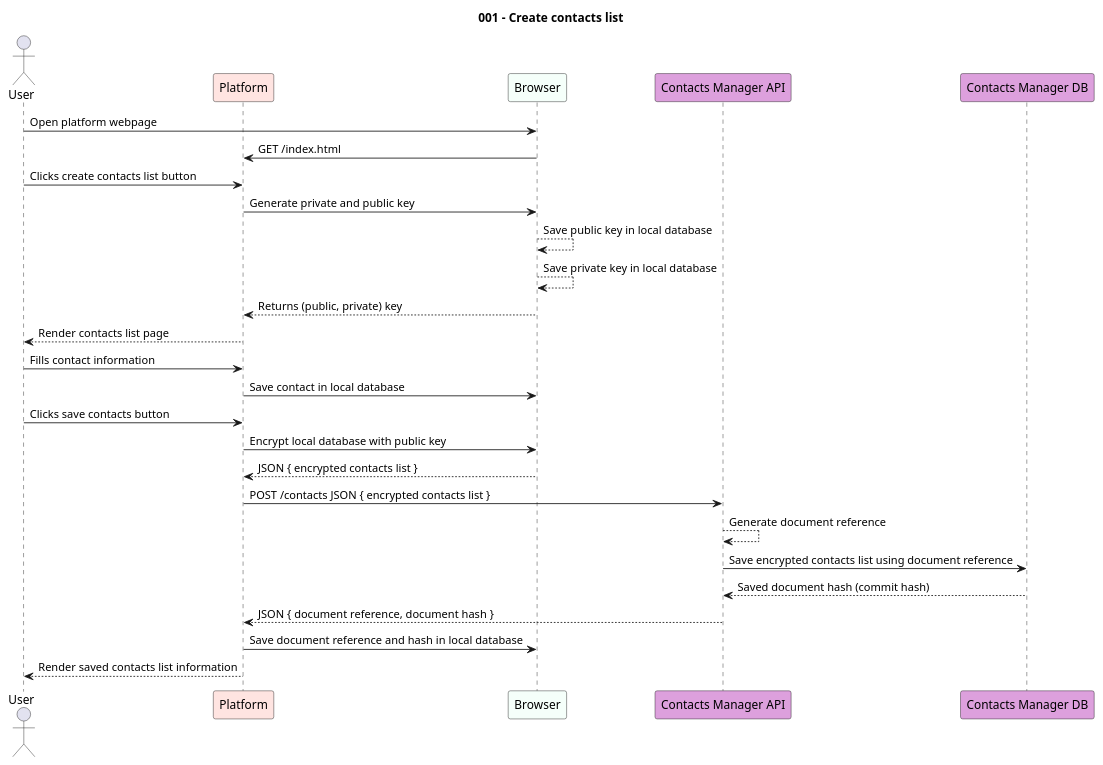
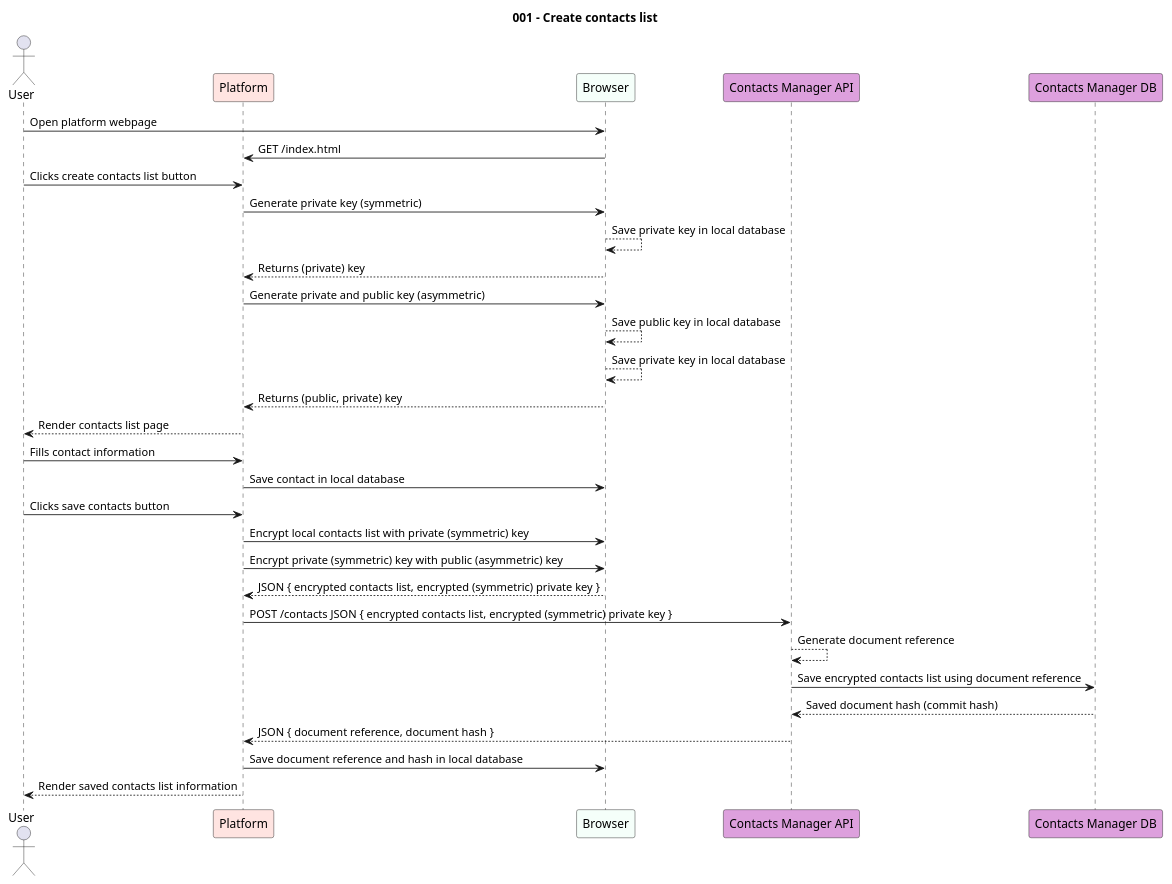
The diagram in src/usecases/puml/001-create-contacts-list.puml (paginas-secretas/docs), drawn with PlantUML before and after one commit. The commit also changed 9 other files, not shown here.

```diff
--- a/src/usecases/puml/001-create-contacts-list.puml
+++ b/src/usecases/puml/001-create-contacts-list.puml
@@ -1,35 +1,45 @@
 @startuml 001-create-contacts-list
 
 title "001 - Create contacts list"
 
 actor User
 participant "Platform" as PL #MistyRose
 participant Browser #MintCream
 participant "Contacts Manager API" as CNT #Plum
 participant "Contacts Manager DB" as CNT_DB #Plum
 
 User -> Browser : Open platform webpage
 Browser -> PL : GET /index.html
 
 User -> PL: Clicks create contacts list button
-PL -> Browser: Generate private and public key
+
+PL -> Browser: Generate private key (symmetric)
+Browser --> Browser: Save private key in local database
+Browser --> PL: Returns (private) key
+
+PL -> Browser: Generate private and public key (asymmetric)
 Browser --> Browser: Save public key in local database
 Browser --> Browser: Save private key in local database
 Browser --> PL: Returns (public, private) key
+
 PL --> User: Render contacts list page
 
 User -> PL: Fills contact information
 PL -> Browser: Save contact in local database
 
 User -> PL: Clicks save contacts button
-PL -> Browser: Encrypt local database with public key
-Browser --> PL: JSON { encrypted contacts list }
-PL -> CNT: POST /contacts JSON { encrypted contacts list }
+
+PL -> Browser: Encrypt local contacts list with private (symmetric) key
+PL -> Browser: Encrypt private (symmetric) key with public (asymmetric) key
+Browser --> PL: JSON { encrypted contacts list, encrypted (symmetric) private key }
+
+PL -> CNT: POST /contacts JSON { encrypted contacts list, encrypted (symmetric) private key }
 CNT --> CNT: Generate document reference
 CNT -> CNT_DB: Save encrypted contacts list using document reference
 CNT_DB --> CNT: Saved document hash (commit hash)
 CNT --> PL: JSON { document reference, document hash }
+
 PL -> Browser: Save document reference and hash in local database
 PL --> User: Render saved contacts list information
 
 @enduml
```
